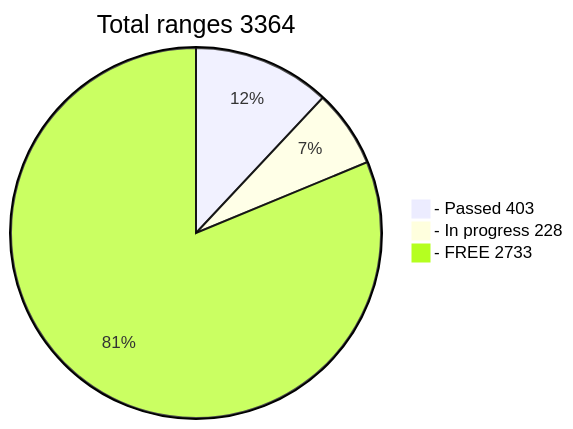
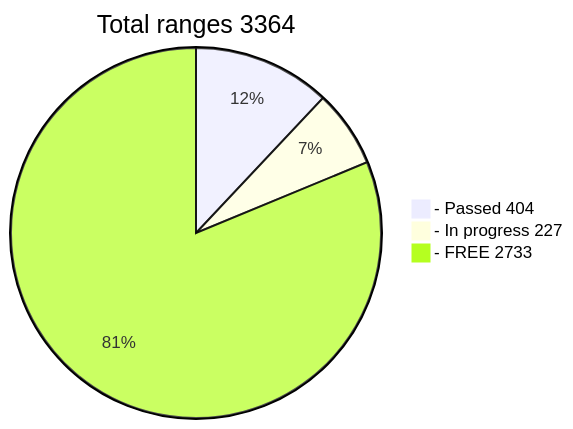
Before and after one commit to phrutis/wif500: the diagram in README.md, drawn with Mermaid.

````diff
--- a/README.md
+++ b/README.md
@@ -16,6 +16,6 @@
 ```mermaid
 pie title Total ranges 3364
-  "- Passed 403" : 403
-  "- In progress 228" : 228
+  "- Passed 404" : 404
+  "- In progress 227" : 227
   "- FREE 2733" : 2733
 ```
````
